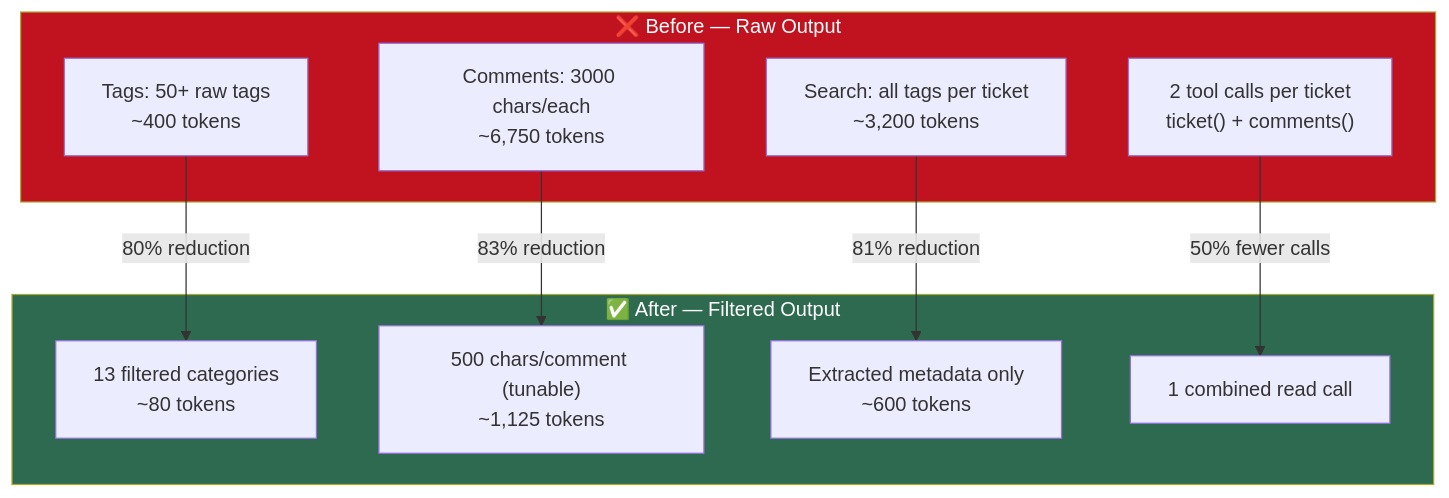
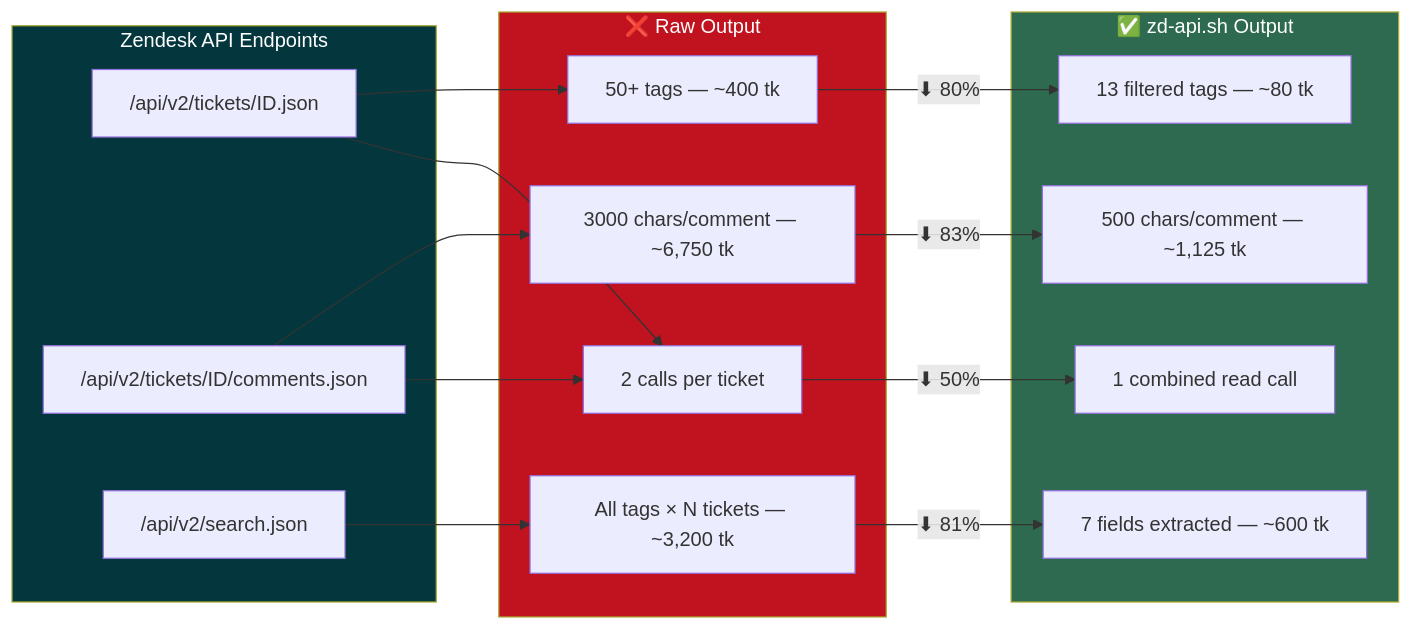
Before and after one commit to ddalexvea/datadog-cursor-diagnose-skills: the third of 5 diagrams in _shared/README.md, drawn with Mermaid. The commit also changed other lines of this file, not shown here.

Commit message:
Update _shared token optimization diagram with API endpoints and summary table
Made-with: Cursor

````diff
--- a/_shared/README.md
+++ b/_shared/README.md
@@ -78,24 +78,31 @@
 ```mermaid
-flowchart TD
-    subgraph Before["❌ Before — Raw Output"]
-        B_tags["Tags: 50+ raw tags<br>~400 tokens"]
-        B_comments["Comments: 3000 chars/each<br>~6,750 tokens"]
-        B_search["Search: all tags per ticket<br>~3,200 tokens"]
-        B_calls["2 tool calls per ticket<br>ticket() + comments()"]
+flowchart LR
+    subgraph Endpoints["Zendesk API Endpoints"]
+        E1["/api/v2/tickets/ID.json"]
+        E2["/api/v2/tickets/ID/comments.json"]
+        E3["/api/v2/search.json"]
     end
 
-    subgraph After["✅ After — Filtered Output"]
-        A_tags["13 filtered categories<br>~80 tokens"]
-        A_comments["500 chars/comment (tunable)<br>~1,125 tokens"]
-        A_search["Extracted metadata only<br>~600 tokens"]
-        A_calls["1 combined read call"]
+    subgraph Before["❌ Raw Output"]
+        B1["50+ tags — ~400 tk"]
+        B2["3000 chars/comment — ~6,750 tk"]
+        B3["All tags × N tickets — ~3,200 tk"]
+        B4["2 calls per ticket"]
     end
 
-    B_tags -->|"80% reduction"| A_tags
-    B_comments -->|"83% reduction"| A_comments
-    B_search -->|"81% reduction"| A_search
-    B_calls -->|"50% fewer calls"| A_calls
+    subgraph After["✅ zd-api.sh Output"]
+        A1["13 filtered tags — ~80 tk"]
+        A2["500 chars/comment — ~1,125 tk"]
+        A3["7 fields extracted — ~600 tk"]
+        A4["1 combined read call"]
+    end
 
+    E1 --> B1 -->|"⬇ 80%"| A1
+    E2 --> B2 -->|"⬇ 83%"| A2
+    E3 --> B3 -->|"⬇ 81%"| A3
+    E1 & E2 --> B4 -->|"⬇ 50%"| A4
+
+    style Endpoints fill:#03363d,color:#fff
     style Before fill:#c1121f,color:#fff
     style After fill:#2d6a4f,color:#fff
 ```
````
